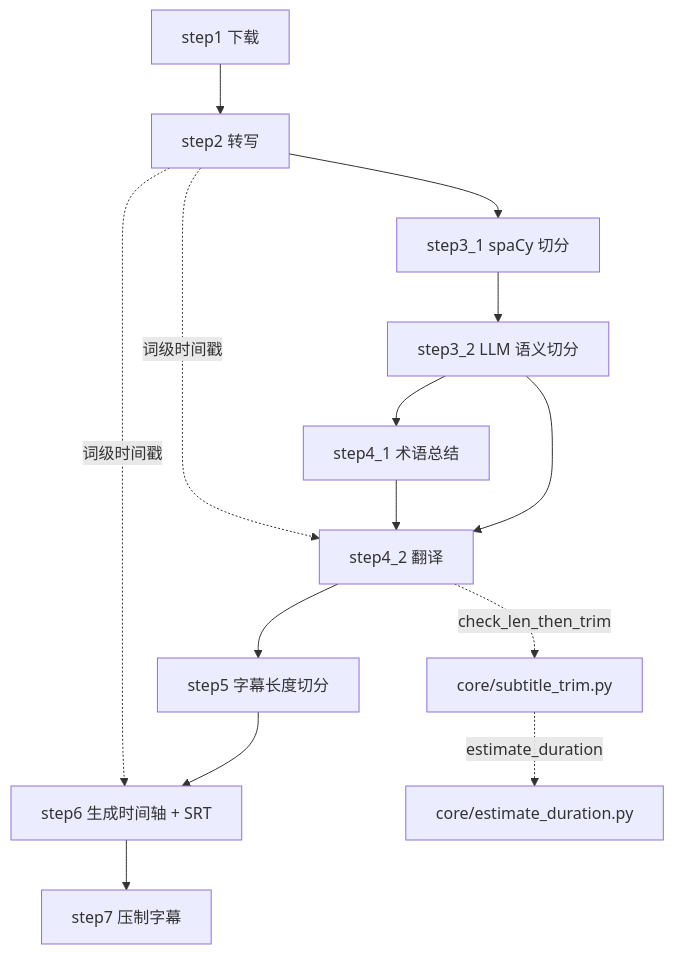
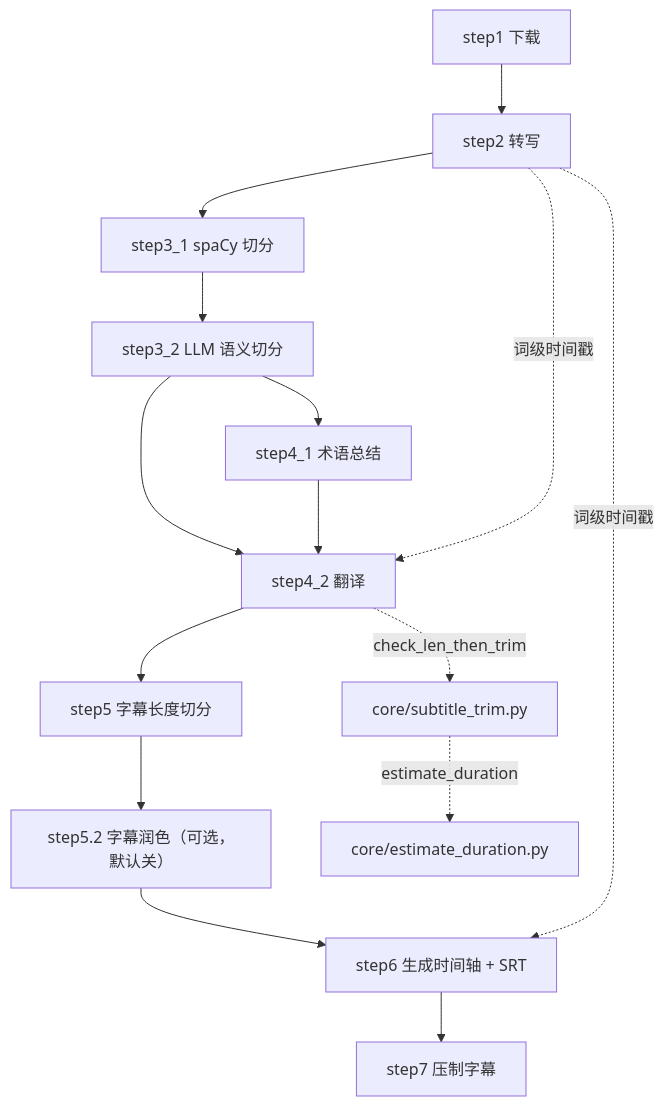
The diagram in devdocs/02-pipeline/00-流水线总览.md (Brzjomo/VideoLingoMove), drawn with Mermaid before and after one commit. The commit also changed other lines of this file and 12 other files, not shown here.

First line of the commit message:
﻿docs(devdocs): 记录 step5.2 字幕润色（可选步骤）与侧边栏开关

````diff
--- a/devdocs/02-pipeline/00-流水线总览.md
+++ b/devdocs/02-pipeline/00-流水线总览.md
@@ -77,16 +79,17 @@
 ```mermaid
 flowchart TD
  S1["step1 下载"] --> S2["step2 转写"]
  S2 --> S31["step3_1 spaCy 切分"]
  S31 --> S32["step3_2 LLM 语义切分"]
  S32 --> S41["step4_1 术语总结"]
  S32 --> S42["step4_2 翻译"]
  S41 --> S42
  S2 -.->|"词级时间戳"| S42
  S42 --> S5["step5 字幕长度切分"]
- S5 --> S6["step6 生成时间轴 + SRT"]
+ S5 --> S52["step5.2 字幕润色（可选，默认关）"]
+ S52 --> S6["step6 生成时间轴 + SRT"]
  S2 -.->|"词级时间戳"| S6
  S6 --> S7["step7 压制字幕"]
  S42 -.->|"check_len_then_trim"| TRIM["core/subtitle_trim.py"]
  TRIM -.->|"estimate_duration"| EST["core/estimate_duration.py"]
 ```
````
